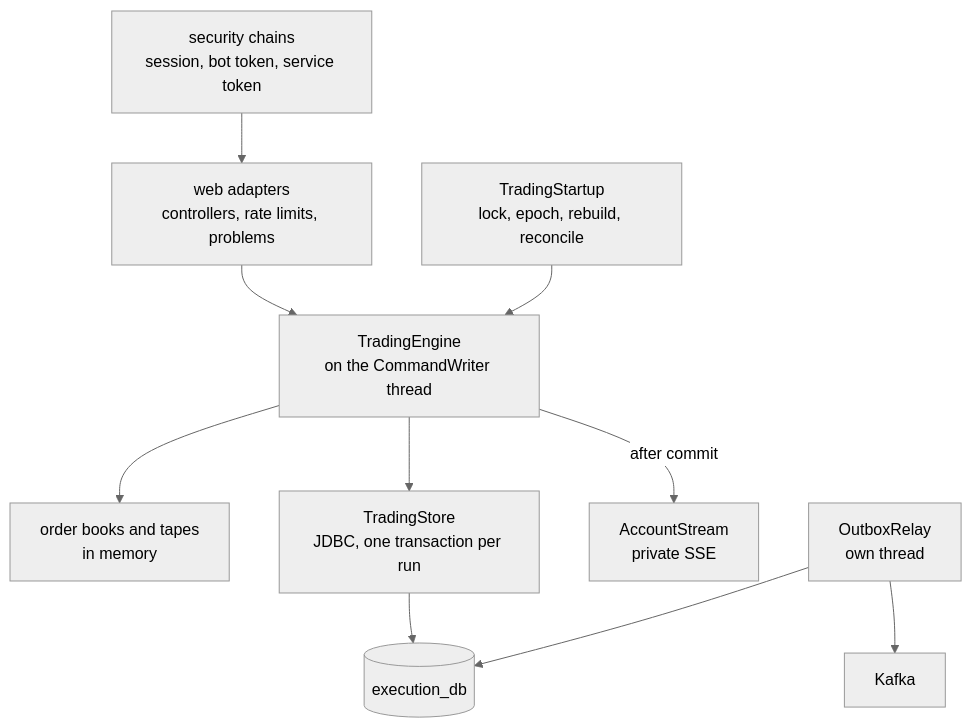
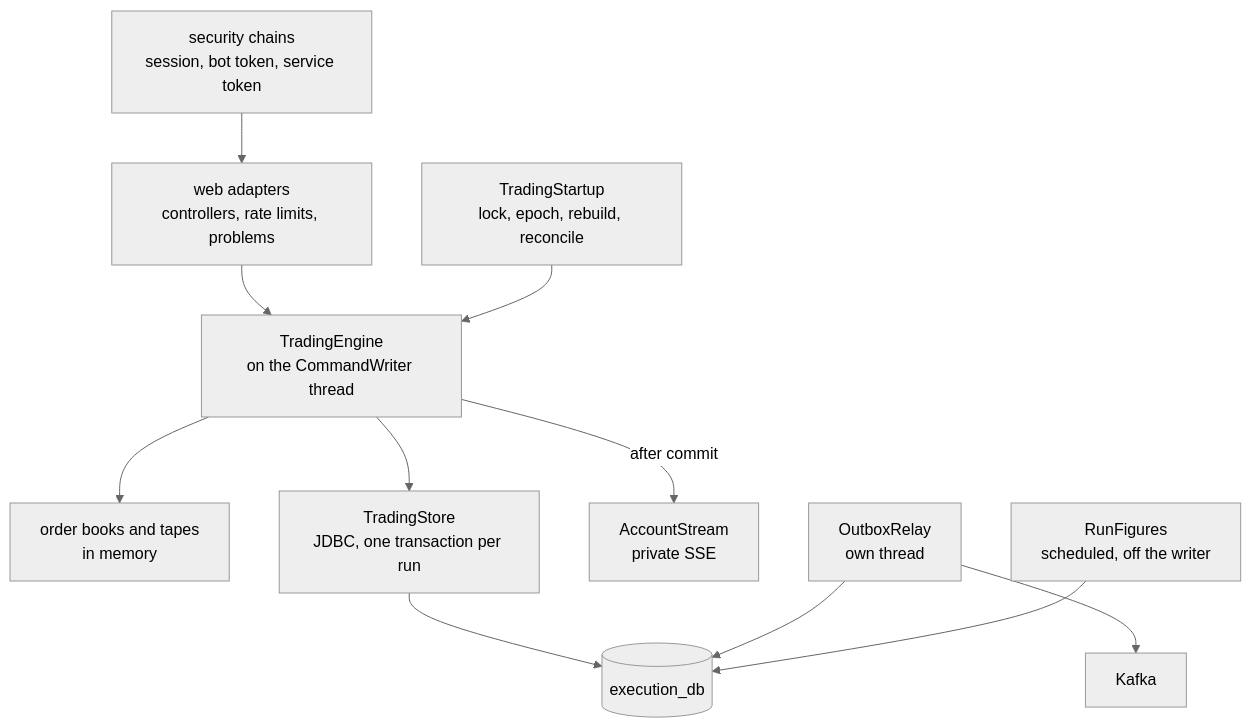
Before and after one commit to Princz-Mia/mini-stock-exchange: the third of 9 diagrams in docs/architecture.md, drawn with Mermaid (neutral theme). The commit also changed other lines of this file and 4 other files, not shown here.

````diff
--- a/docs/architecture.md
+++ b/docs/architecture.md
@@ -53,12 +53,13 @@
 ```mermaid
 flowchart TD
   W["web adapters<br/>controllers, rate limits, problems"] --> ENG
   ENG["TradingEngine<br/>on the CommandWriter thread"] --> BOOK["order books and tapes<br/>in memory"]
   ENG --> ST["TradingStore<br/>JDBC, one transaction per run"]
   ENG -->|"after commit"| AS["AccountStream<br/>private SSE"]
   ST --> DB[("execution_db")]
   REL["OutboxRelay<br/>own thread"] --> DB
   REL --> K["Kafka"]
   SEC["security chains<br/>session, bot token, service token"] --> W
   START["TradingStartup<br/>lock, epoch, rebuild, reconcile"] --> ENG
+  FIG["RunFigures<br/>scheduled, off the writer"] --> DB
 ```
````
